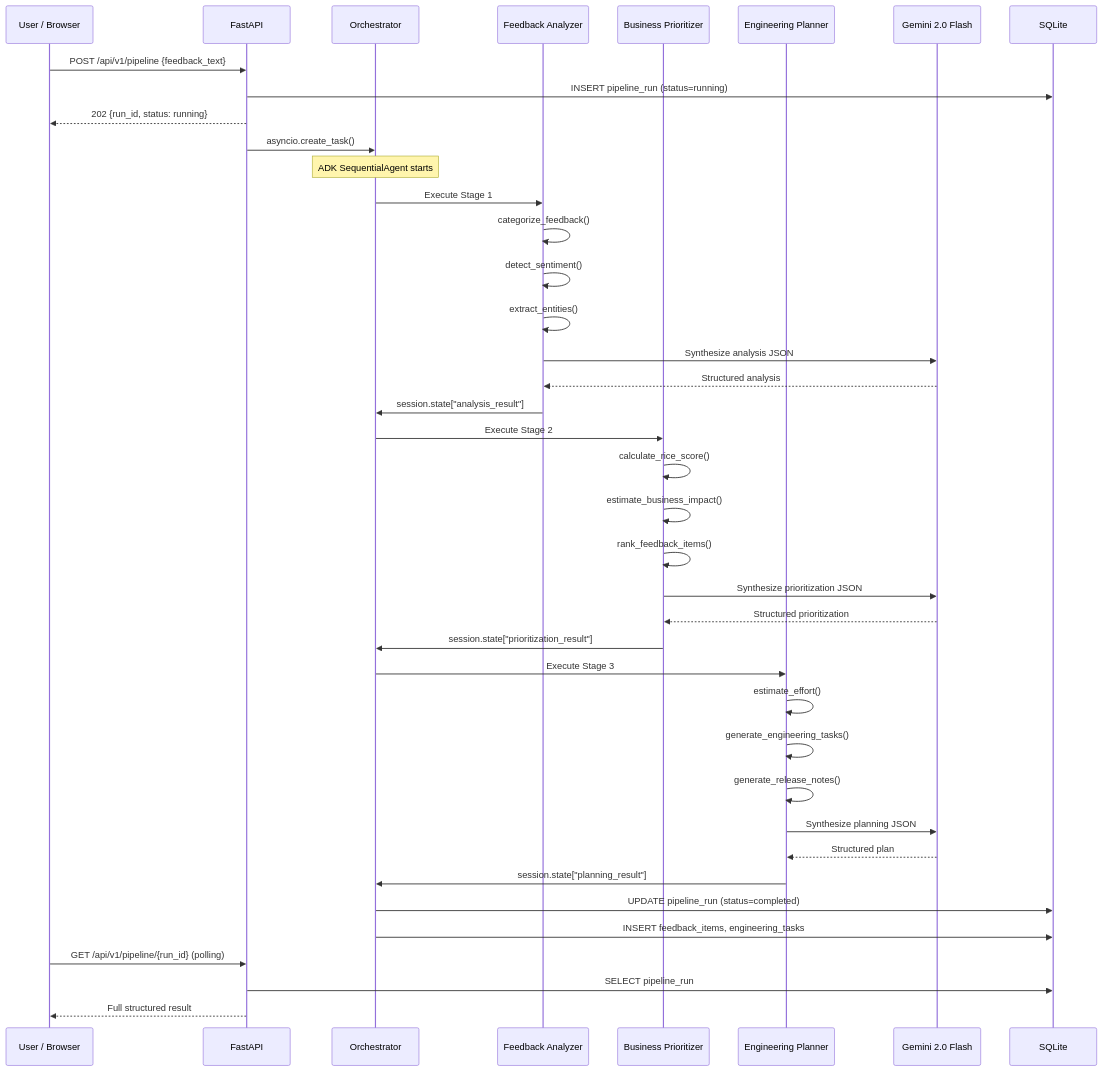
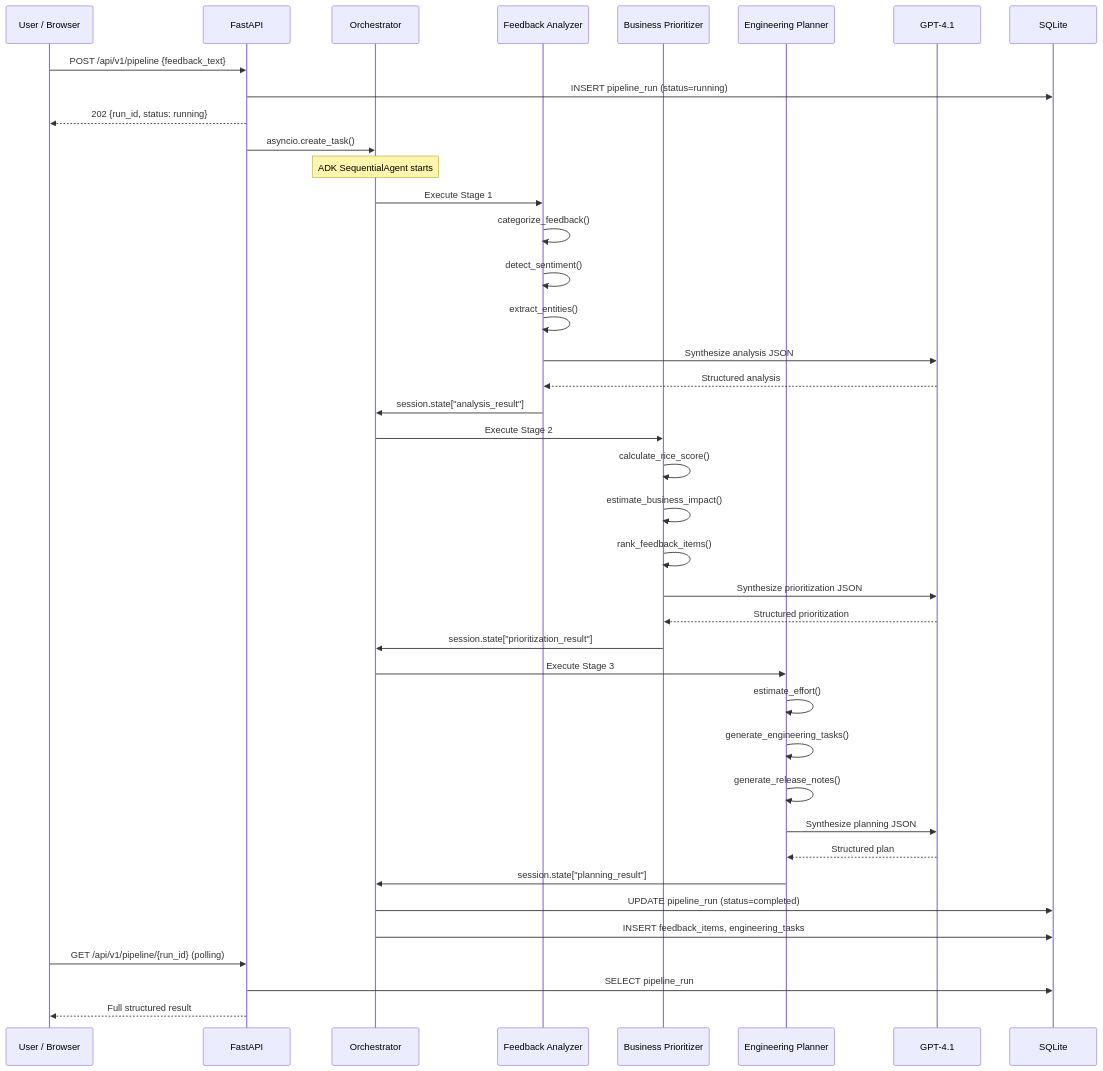
The third of 7 diagrams in README.md (amitwaghmare888/ProductOps-AI), drawn with Mermaid before and after one commit. The commit also changed other lines of this file, not shown here.

````diff
--- a/README.md
+++ b/README.md
@@ -141,49 +150,49 @@
 ```mermaid
 sequenceDiagram
     participant U as User / Browser
     participant API as FastAPI
     participant O as Orchestrator
     participant FA as Feedback Analyzer
     participant BP as Business Prioritizer
     participant EP as Engineering Planner
-    participant LLM as Gemini 2.0 Flash
+    participant LLM as GPT-4.1
     participant DB as SQLite
 
     U->>API: POST /api/v1/pipeline {feedback_text}
     API->>DB: INSERT pipeline_run (status=running)
     API-->>U: 202 {run_id, status: running}
     API->>O: asyncio.create_task()
 
     Note over O: ADK SequentialAgent starts
 
     O->>FA: Execute Stage 1
     FA->>FA: categorize_feedback()
     FA->>FA: detect_sentiment()
     FA->>FA: extract_entities()
     FA->>LLM: Synthesize analysis JSON
     LLM-->>FA: Structured analysis
     FA->>O: session.state["analysis_result"]
 
     O->>BP: Execute Stage 2
     BP->>BP: calculate_rice_score()
     BP->>BP: estimate_business_impact()
     BP->>BP: rank_feedback_items()
     BP->>LLM: Synthesize prioritization JSON
     LLM-->>BP: Structured prioritization
     BP->>O: session.state["prioritization_result"]
 
     O->>EP: Execute Stage 3
     EP->>EP: estimate_effort()
     EP->>EP: generate_engineering_tasks()
     EP->>EP: generate_release_notes()
     EP->>LLM: Synthesize planning JSON
     LLM-->>EP: Structured plan
     EP->>O: session.state["planning_result"]
 
     O->>DB: UPDATE pipeline_run (status=completed)
     O->>DB: INSERT feedback_items, engineering_tasks
 
     U->>API: GET /api/v1/pipeline/{run_id} (polling)
     API->>DB: SELECT pipeline_run
     API-->>U: Full structured result
 ```
````
